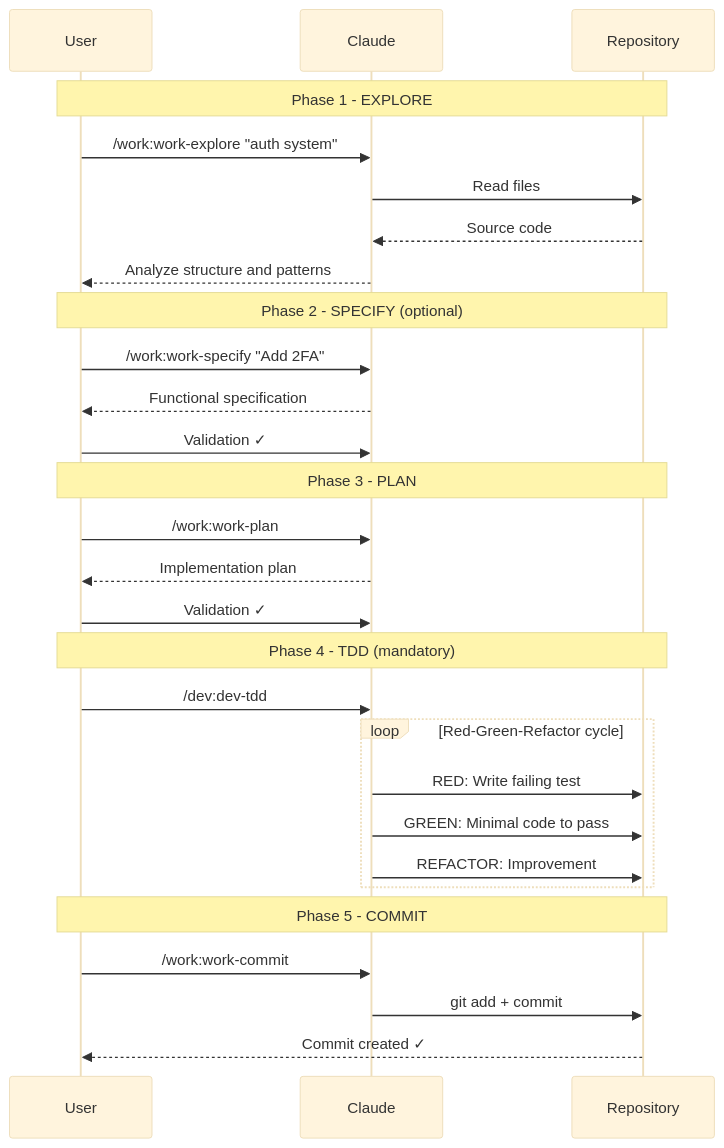
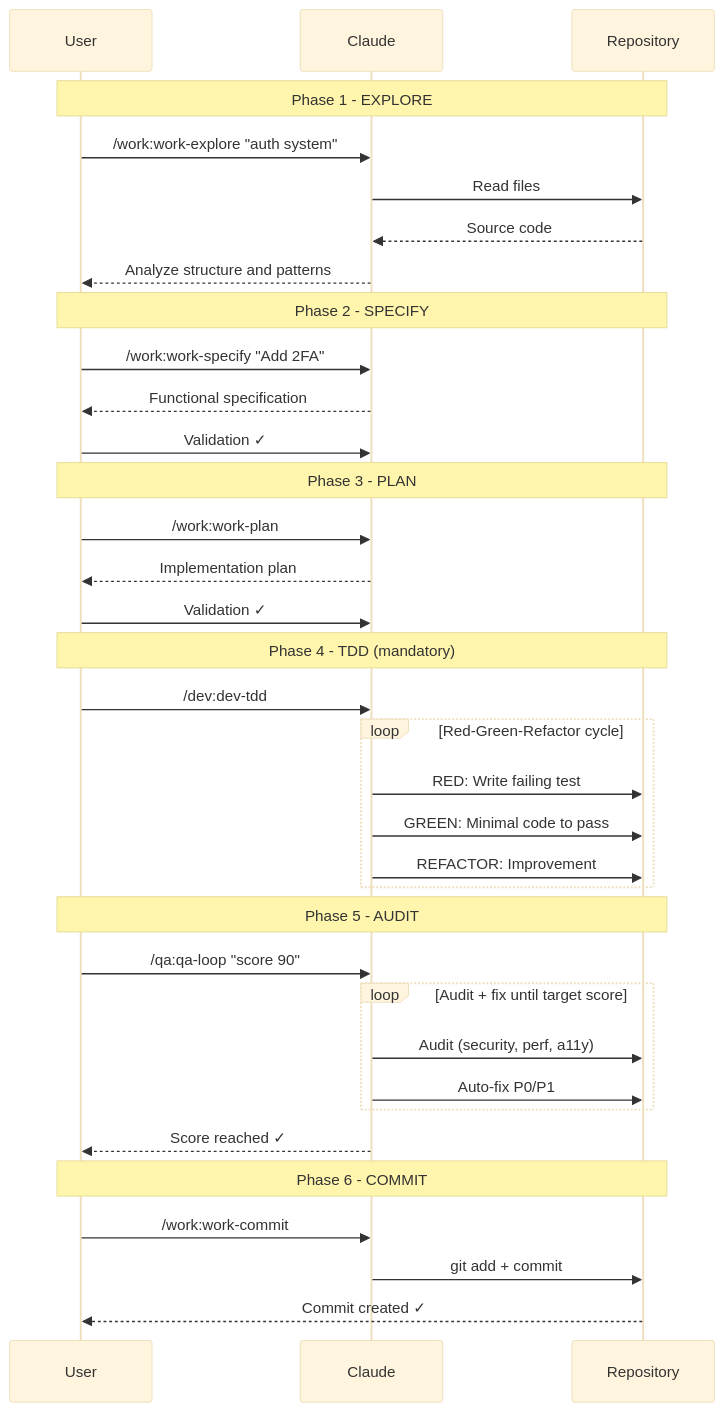
The diagram in website/docs/workflow/explore-plan-code-commit.md (christopherlouet/claude-base), drawn with Mermaid (base theme) before and after one commit. The commit also changed other lines of this file and 22 other files, not shown here.

First line of the commit message:
fix(docs): rename FR tutorial files + add Specify/Audit to canonical workflow

````diff
--- a/website/docs/workflow/explore-plan-code-commit.md
+++ b/website/docs/workflow/explore-plan-code-commit.md
@@ -17,35 +17,43 @@
 ```mermaid
 sequenceDiagram
     participant U as User
     participant C as Claude
     participant R as Repository
 
     Note over U,R: Phase 1 - EXPLORE
     U->>C: /work:work-explore "auth system"
     C->>R: Read files
     R-->>C: Source code
     C-->>U: Analyze structure and patterns
 
-    Note over U,R: Phase 2 - SPECIFY (optional)
+    Note over U,R: Phase 2 - SPECIFY
     U->>C: /work:work-specify "Add 2FA"
     C-->>U: Functional specification
     U->>C: Validation ✓
 
     Note over U,R: Phase 3 - PLAN
     U->>C: /work:work-plan
     C-->>U: Implementation plan
     U->>C: Validation ✓
 
     Note over U,R: Phase 4 - TDD (mandatory)
     U->>C: /dev:dev-tdd
     loop Red-Green-Refactor cycle
         C->>R: RED: Write failing test
         C->>R: GREEN: Minimal code to pass
         C->>R: REFACTOR: Improvement
     end
 
-    Note over U,R: Phase 5 - COMMIT
+    Note over U,R: Phase 5 - AUDIT
+    U->>C: /qa:qa-loop "score 90"
+    loop Audit + fix until target score
+        C->>R: Audit (security, perf, a11y)
+        C->>R: Auto-fix P0/P1
+    end
+    C-->>U: Score reached ✓
+
+    Note over U,R: Phase 6 - COMMIT
     U->>C: /work:work-commit
     C->>R: git add + commit
     R-->>U: Commit created ✓
 ```
````
